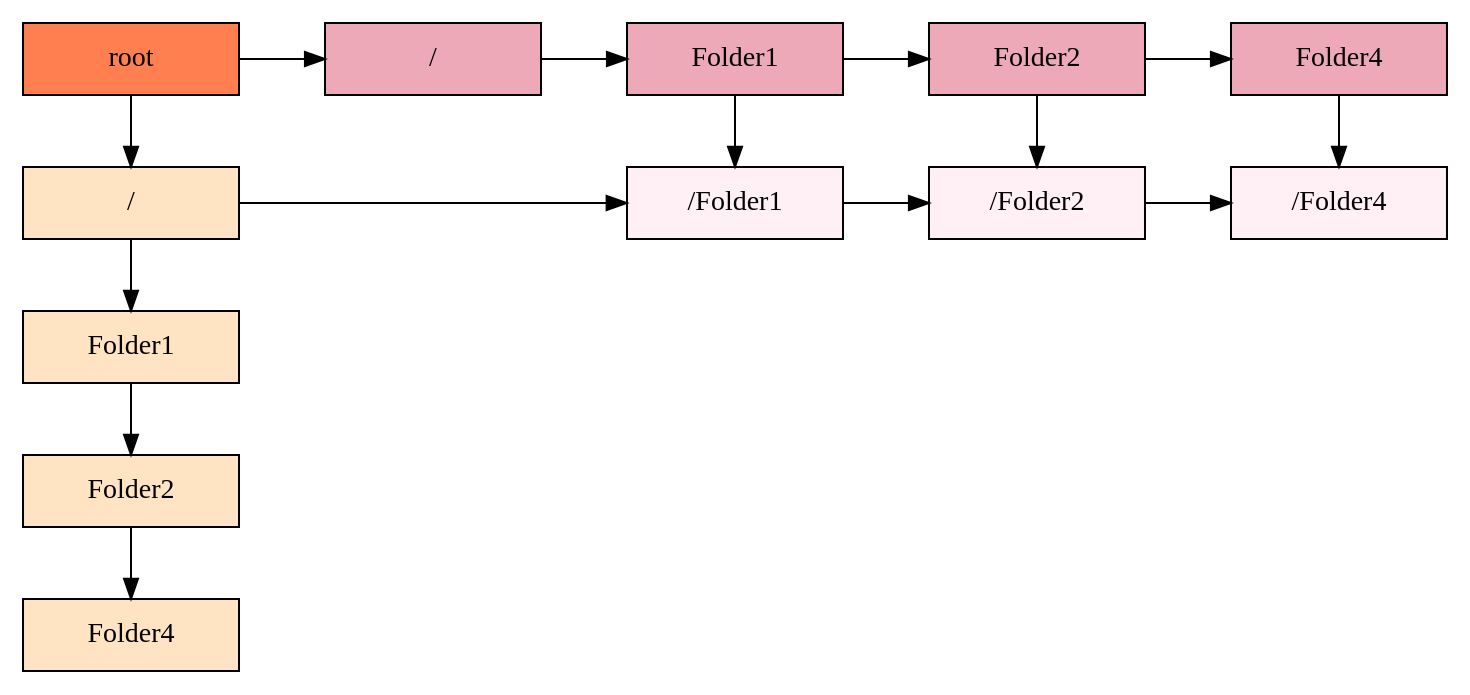
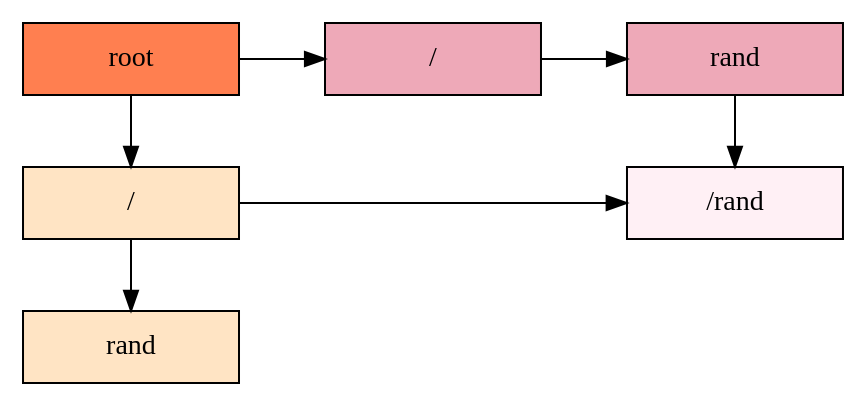
Before and after one commit to JPineda12/EDD_2S2019_PY2_201404405: the diagram in Reports/MatrizAdy.dot, drawn with Graphviz. The commit also changed 50 other files, not shown here.

```diff
--- a/Reports/MatrizAdy.dot
+++ b/Reports/MatrizAdy.dot
@@ -1,65 +1,41 @@
 digraph Matrix{
     node [shape=box]
     graph [ranksep="0.5", nodesep="0.6"];
     /* Group 0 para alinear verticalmente RAIZ*/ 
     root[label = "root", width = 1.5, style = filled, fillcolor = coral, group = 0];
 
     //Filas
     Fila0 [label = "/" width = 1.5 style = filled, fillcolor = bisque1, group = 0];
-    Fila1 [label = "Folder1" width = 1.5 style = filled, fillcolor = bisque1, group = 0];
-    Fila2 [label = "Folder2" width = 1.5 style = filled, fillcolor = bisque1, group = 0];
-    Fila3 [label = "Folder4" width = 1.5 style = filled, fillcolor = bisque1, group = 0];
+    Fila1 [label = "rand" width = 1.5 style = filled, fillcolor = bisque1, group = 0];
 
   //Enlaces de filas
     Fila0->Fila1
-    Fila1->Fila2
-    Fila2->Fila3
 
   //Columnas
     Column0[label ="/" width = 1.5 style = filled, fillcolor = pink2, group = 1];
-    Column1[label ="Folder1" width = 1.5 style = filled, fillcolor = pink2, group = 2];
-    Column2[label ="Folder2" width = 1.5 style = filled, fillcolor = pink2, group = 3];
-    Column3[label ="Folder4" width = 1.5 style = filled, fillcolor = pink2, group = 4];
+    Column1[label ="rand" width = 1.5 style = filled, fillcolor = pink2, group = 2];
 
 
     //Enlaces de columnas
     Column0->Column1
-    Column1->Column2
-    Column2->Column3
 
   //Alinear Raiz con columnas
-    {rank = same; root; Column0; Column1; Column2; Column3;};
+    {rank = same; root; Column0; Column1;};
 
       //Enlaces Raiz con primera fila y column
     root->Column0;
     root->Fila0;
     //(^<---------------------- F I L A   0---------------------->
-    N1_F0 [label = "/Folder1" width = 1.5 group = 2 style = filled, fillcolor = lavenderblush1];
-    N2_F0 [label = "/Folder2" width = 1.5 group = 3 style = filled, fillcolor = lavenderblush1];
-    N3_F0 [label = "/Folder4" width = 1.5 group = 4 style = filled, fillcolor = lavenderblush1];
+    N1_F0 [label = "/rand" width = 1.5 group = 2 style = filled, fillcolor = lavenderblush1];
 
     //(^<---------------------- F I L A   1---------------------->
-
-    //(^<---------------------- F I L A   2---------------------->
-
-    //(^<---------------------- F I L A   3---------------------->
 
     //E N L A C E S  F I L A   0
     Column1->N1_F0;
     Fila0->N1_F0;
-    N1_F0->N2_F0;
-    Column2->N2_F0;
-    N2_F0->N3_F0;
-    Column3->N3_F0;
-    {rank = same; Fila0; N1_F0; N2_F0; N3_F0; };
+    {rank = same; Fila0; N1_F0; };
 
     //E N L A C E S  F I L A   1
     {rank = same; Fila1; };
 
-    //E N L A C E S  F I L A   2
-    {rank = same; Fila2; };
-
-    //E N L A C E S  F I L A   3
-    {rank = same; Fila3; };
-
 }
```
